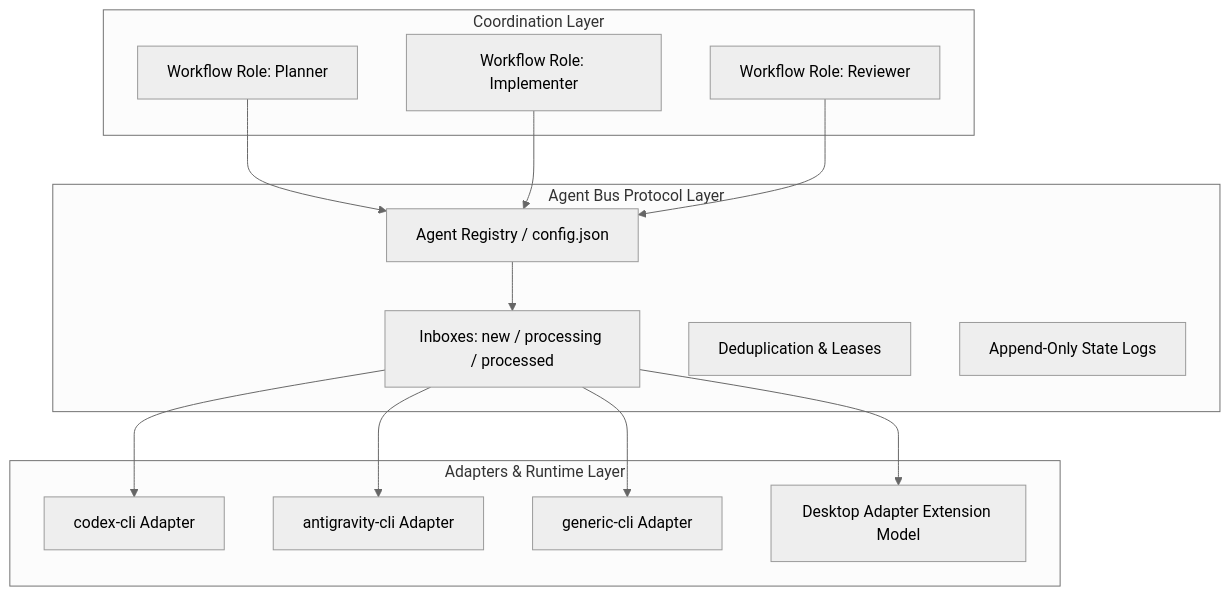
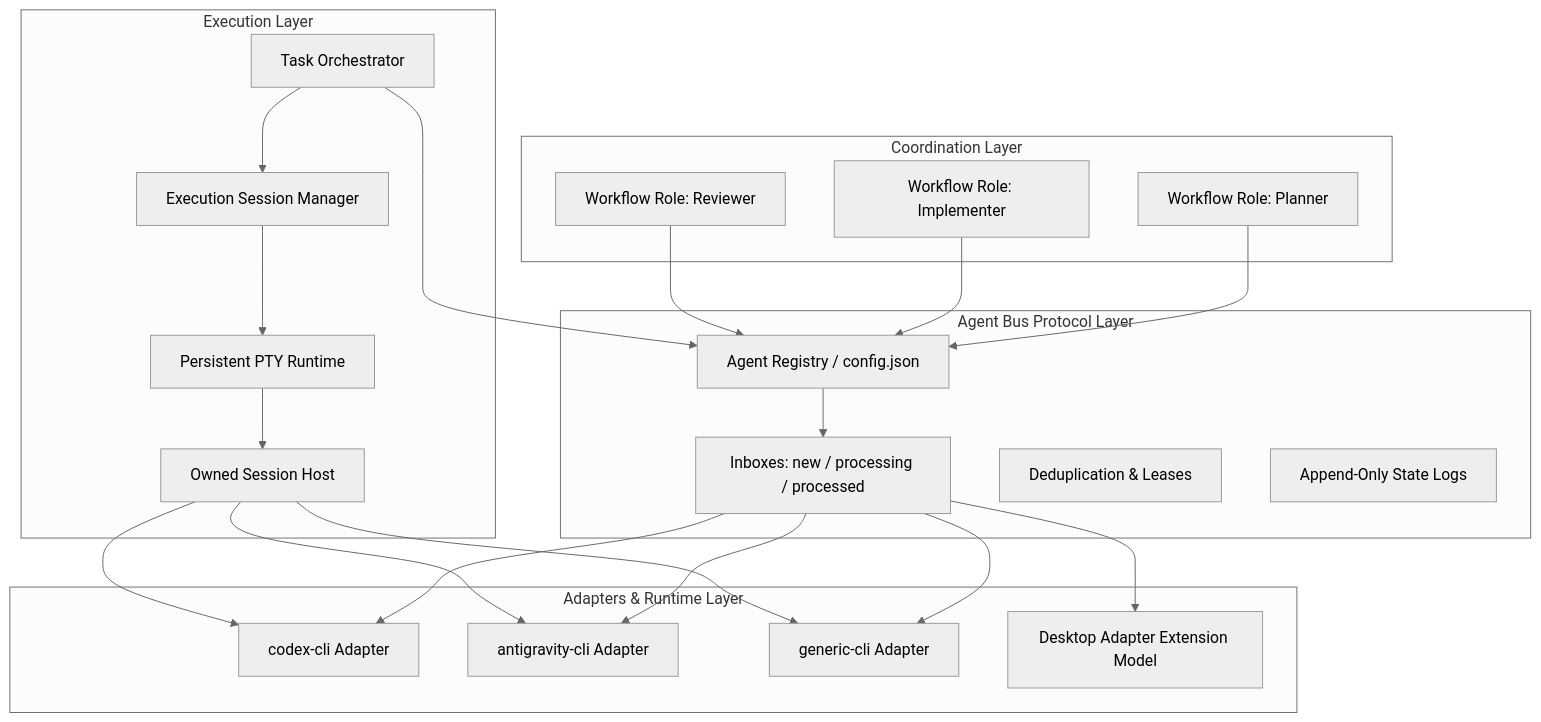
One commit to hogancv/coordinate-agents changed the diagram in README.md. Above: the diagram before and after it, drawn with Mermaid (neutral theme). The commit also changed other lines of this file and 48 other files, not shown here.

Commit message:
feat: add persistent PTY session runtime

````diff
--- a/README.md
+++ b/README.md
@@ -253,28 +271,41 @@
 ```mermaid
 graph TD
     subgraph Coordination Layer
         P[Workflow Role: Planner]
         I[Workflow Role: Implementer]
         R[Workflow Role: Reviewer]
     end
     subgraph Agent Bus Protocol Layer
         REG[Agent Registry / config.json]
         Q[Inboxes: new / processing / processed]
         DEDUPE[Deduplication & Leases]
         STATE[Append-Only State Logs]
+    end
+    subgraph Execution Layer
+        TASK[Task Orchestrator]
+        SM[Execution Session Manager]
+        PTY[Persistent PTY Runtime]
+        HOST[Owned Session Host]
     end
     subgraph Adapters & Runtime Layer
         A1[codex-cli Adapter]
         A2[antigravity-cli Adapter]
         A3[generic-cli Adapter]
         A4[Desktop Adapter Extension Model]
     end
     P --> REG
     I --> REG
     R --> REG
     REG --> Q
     Q --> A1
     Q --> A2
     Q --> A3
     Q --> A4
+    TASK --> REG
+    TASK --> SM
+    SM --> PTY
+    PTY --> HOST
+    HOST --> A1
+    HOST --> A2
+    HOST --> A3
 ```
````
